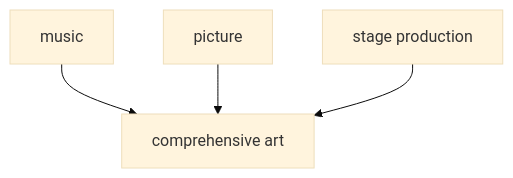
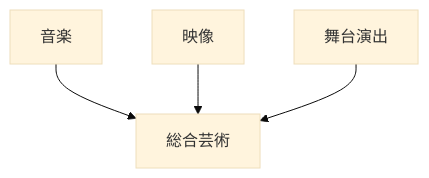
Before and after one commit to monumental-movement/monumental-movement.github.io: the fourth of 7 diagrams in en/_posts/2026-04-25-column-pink-floyd.md, drawn with Mermaid (base theme). The commit also changed other lines of this file and 2196 other files, not shown here.

```diff
--- a/en/_posts/2026-04-25-column-pink-floyd.md
+++ b/en/_posts/2026-04-25-column-pink-floyd.md
@@ -137,6 +136,6 @@
 <div class="mermaid">
 graph TD
-    A[music] --> D[comprehensive art]
-    B[picture] --> D
-    C[stage production] --> D
+    A[音楽] --> D[総合芸術]
+    B[映像] --> D
+    C[舞台演出] --> D
 </div>
```
